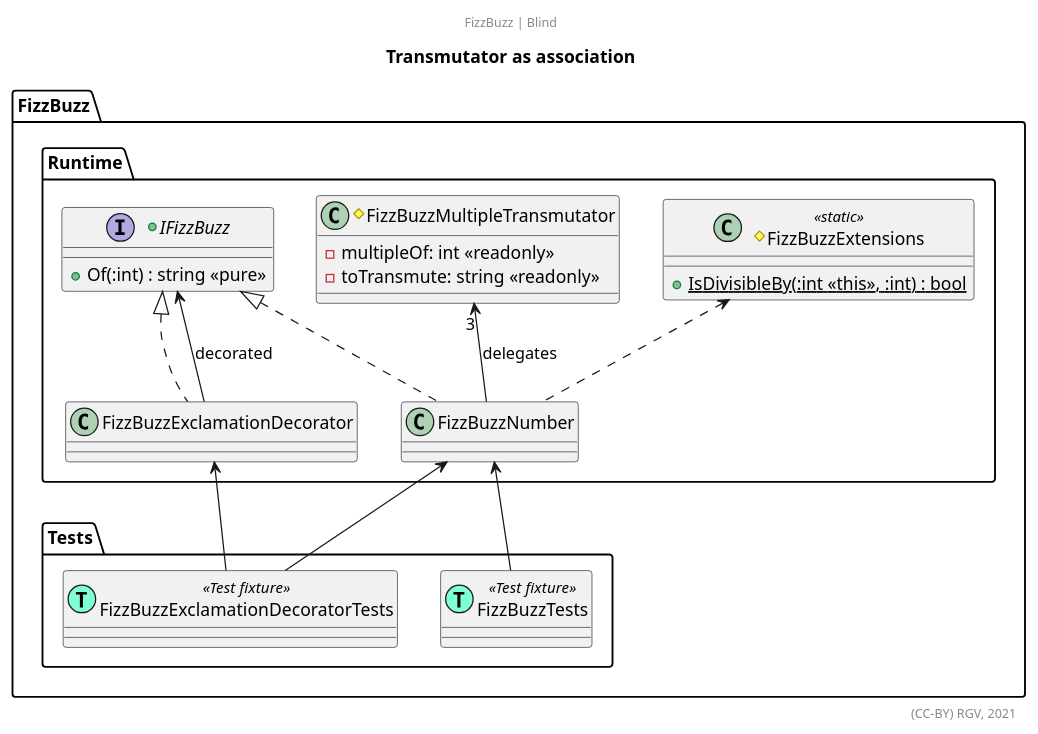
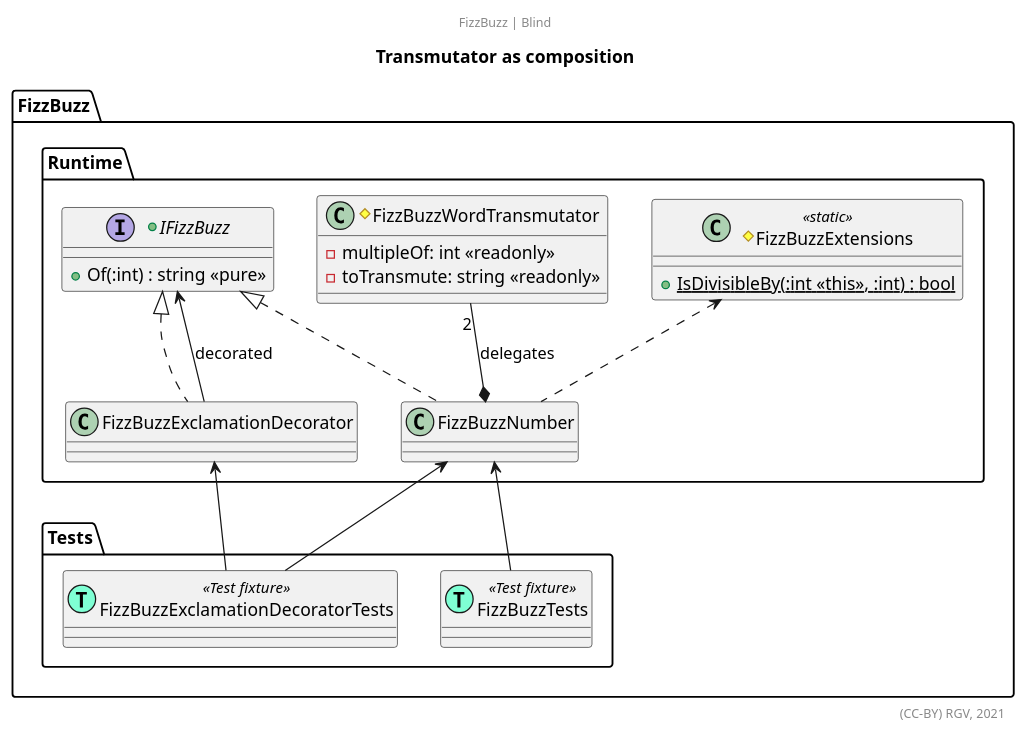
The diagram in Assets/FizzBuzz/Documentation~/Relationships.puml (RicardoGuzmanVelasco/TDDpraxis), drawn with PlantUML before and after one commit. The commit also changed 5 other files, not shown here.

First line of the commit message:
FizzBuzz | Blind | Composition to transmutator

```diff
--- a/Assets/FizzBuzz/Documentation~/Relationships.puml
+++ b/Assets/FizzBuzz/Documentation~/Relationships.puml
@@ -1,50 +1,50 @@
 @startuml
-title Transmutator as association
+title Transmutator as composition
 center header FizzBuzz | Blind
 '''''''''''''
 allowmixing
 '''''''''''''
 
 namespace FizzBuzz.Runtime{
     
     #class FizzBuzzExtensions <<static>> {
         +{static}IsDivisibleBy(:int <<this>>, :int) : bool
     }
     
     +interface IFizzBuzz{
         +Of(:int) : string <<pure>>
     }
     
-    #class FizzBuzzMultipleTransmutator{
+    #class FizzBuzzWordTransmutator{
         -multipleOf: int <<readonly>>
         -toTransmute: string <<readonly>>
     }
     
     class FizzBuzzNumber
     class FizzBuzzExclamationDecorator
     
     IFizzBuzz <|.. FizzBuzzNumber
     IFizzBuzz <|.. FizzBuzzExclamationDecorator
     
-    FizzBuzzNumber -u-> "3" FizzBuzzMultipleTransmutator : delegates
+    FizzBuzzNumber *-u- "2" FizzBuzzWordTransmutator : delegates
     
     FizzBuzzNumber .u.> FizzBuzzExtensions
     FizzBuzzExclamationDecorator -u-> IFizzBuzz : decorated
 }
 
 namespace FizzBuzz.Tests{
     
     class FizzBuzzTests <<(T, aquamarine) Test fixture>>
     class FizzBuzzExclamationDecoratorTests <<(T, aquamarine) Test fixture>>
 
     FizzBuzzTests -u-> FizzBuzz.Runtime.FizzBuzzNumber
     
     FizzBuzzExclamationDecoratorTests -u-> FizzBuzz.Runtime.FizzBuzzNumber
     FizzBuzzExclamationDecoratorTests -u-> FizzBuzz.Runtime.FizzBuzzExclamationDecorator
 }
 
 
 '''''''''''''
 '''''''''''''
 right footer (CC-BY) RGV, 2021
 @enduml
```
